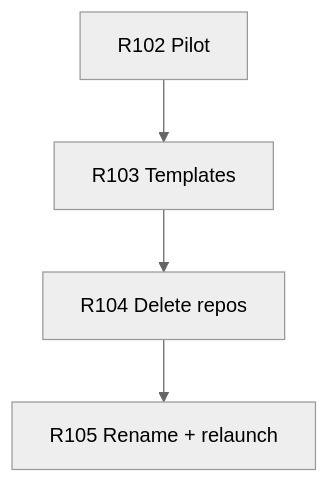
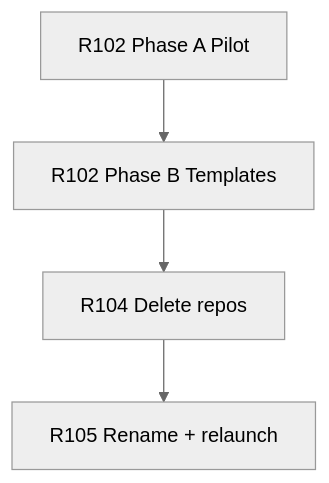
The diagram in Specifications/DevLoginLaunchPlan.md (mentor-forge/mentorhub), drawn with Mermaid (neutral theme) before and after one commit. The commit also changed other lines of this file and 5 other files, not shown here.

````diff
--- a/Specifications/DevLoginLaunchPlan.md
+++ b/Specifications/DevLoginLaunchPlan.md
@@ -57,10 +56,10 @@
 ```mermaid
 flowchart TD
-  R102[R102 Pilot]
-  R103[R103 Templates]
+  R102A[R102 Phase A Pilot]
+  R102B[R102 Phase B Templates]
   R104[R104 Delete repos]
   R105[R105 Rename + relaunch]
-  R102 --> R103
-  R103 --> R104
+  R102A --> R102B
+  R102B --> R104
   R104 --> R105
 ```
````
